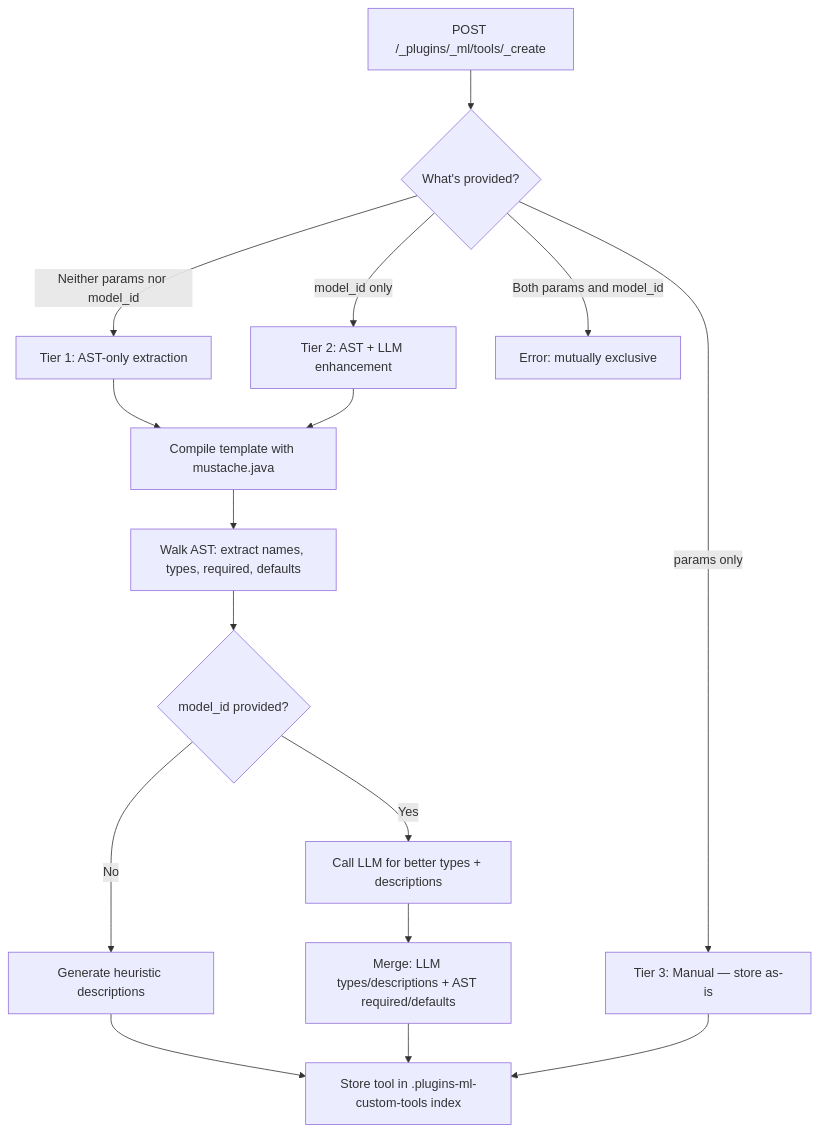
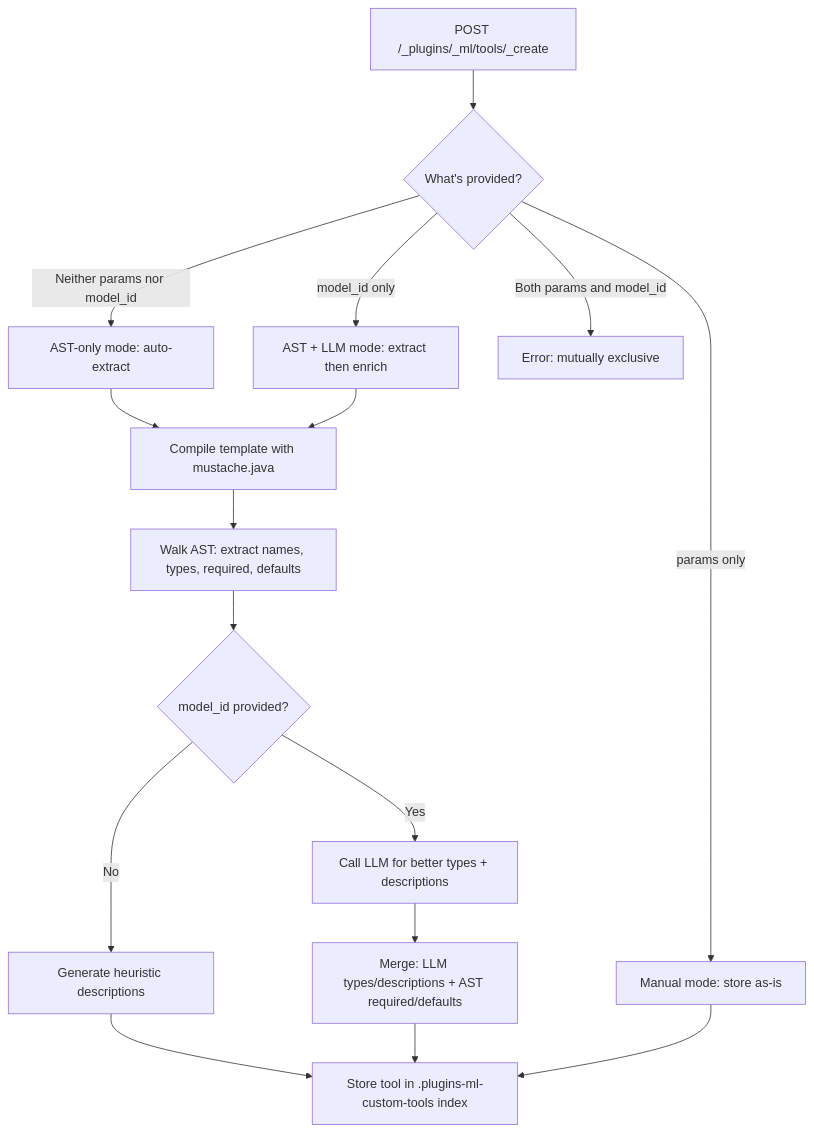
Before and after one commit to rithinpullela/ml-commons: the second of 4 diagrams in CUSTOM_TOOLS_DESIGN_DOC.md, drawn with Mermaid. The commit also changed other lines of this file and 7 other files, not shown here.

````diff
--- a/CUSTOM_TOOLS_DESIGN_DOC.md
+++ b/CUSTOM_TOOLS_DESIGN_DOC.md
@@ -158,19 +185,19 @@
 ```mermaid
 flowchart TD
     A[POST /_plugins/_ml/tools/_create] --> B{What's provided?}
-    B -->|Neither params nor model_id| C[Tier 1: AST-only extraction]
-    B -->|model_id only| D[Tier 2: AST + LLM enhancement]
-    B -->|params only| E[Tier 3: Manual — store as-is]
+    B -->|Neither params nor model_id| C[AST-only mode: auto-extract]
+    B -->|model_id only| D[AST + LLM mode: extract then enrich]
+    B -->|params only| E[Manual mode: store as-is]
     B -->|Both params and model_id| F[Error: mutually exclusive]
 
     C --> G[Compile template with mustache.java]
     D --> G
     G --> H[Walk AST: extract names, types, required, defaults]
     H --> I{model_id provided?}
     I -->|No| J[Generate heuristic descriptions]
     I -->|Yes| K[Call LLM for better types + descriptions]
     K --> L[Merge: LLM types/descriptions + AST required/defaults]
     J --> M[Store tool in .plugins-ml-custom-tools index]
     L --> M
     E --> M
 ```
````
